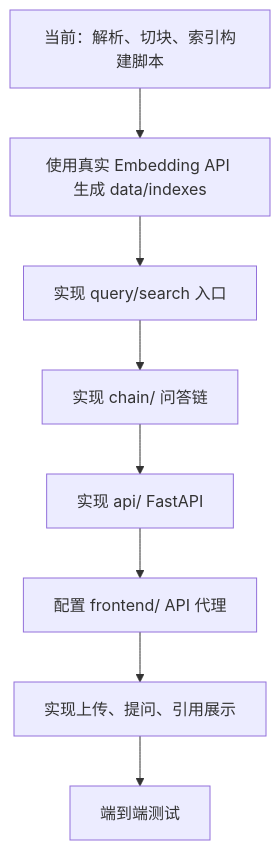
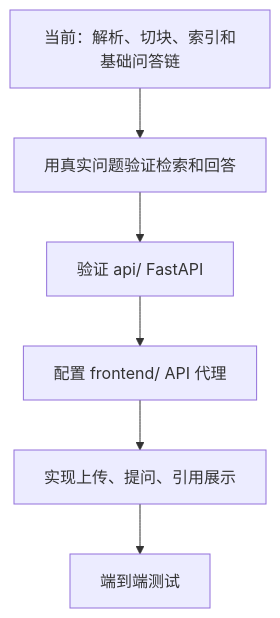
Before and after one commit to dawngiuliano/DocuCite: the second of 2 diagrams in docs/current-progress.md, drawn with Mermaid. The commit also changed other lines of this file and 17 other files, not shown here.

Commit message:
feat: 增加 QA 以及 FastAPI

````diff
--- a/docs/current-progress.md
+++ b/docs/current-progress.md
@@ -323,10 +331,8 @@
 ```mermaid
 flowchart TD
-    A[当前：解析、切块、索引构建脚本] --> B[使用真实 Embedding API 生成 data/indexes]
-    B --> C[实现 query/search 入口]
-    C --> D[实现 chain/ 问答链]
-    D --> E[实现 api/ FastAPI]
-    E --> F[配置 frontend/ API 代理]
-    F --> G[实现上传、提问、引用展示]
-    G --> H[端到端测试]
+    A[当前：解析、切块、索引和基础问答链] --> B[用真实问题验证检索和回答]
+    B --> C[验证 api/ FastAPI]
+    C --> D[配置 frontend/ API 代理]
+    D --> E[实现上传、提问、引用展示]
+    E --> F[端到端测试]
 ```
````
